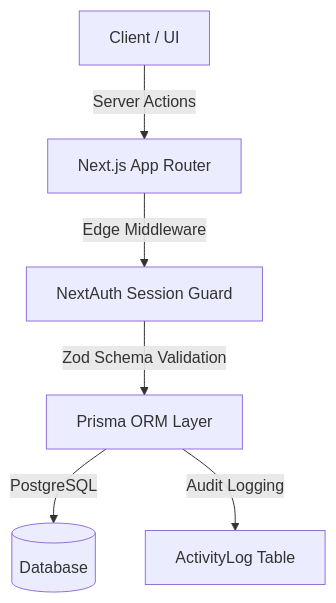
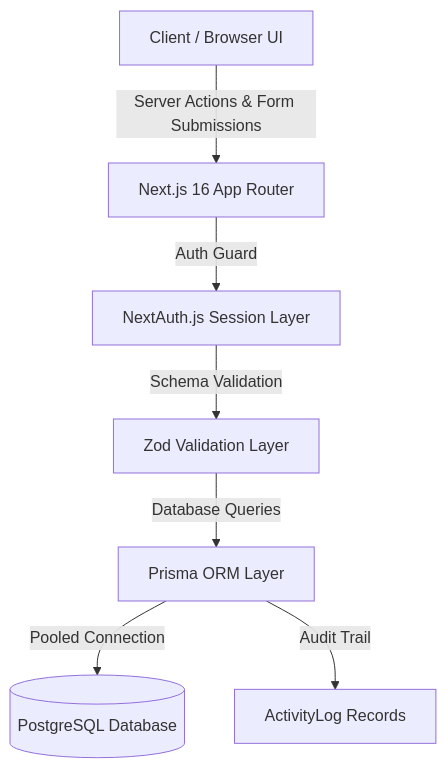
Before and after one commit to zokomon871/Hiretrack: the diagram in README.md, drawn with Mermaid. The commit also changed other lines of this file, not shown here.

Commit message:
docs: overhaul README with comprehensive architecture, database schema, and setup guide

````diff
--- a/README.md
+++ b/README.md
@@ -68,8 +49,9 @@
 ```mermaid
 graph TD
-    A[Client / UI] -->|Server Actions| B[Next.js App Router]
-    B -->|Edge Middleware| C[NextAuth Session Guard]
-    C -->|Zod Schema Validation| D[Prisma ORM Layer]
-    D -->|PostgreSQL| E[(Database)]
-    D -->|Audit Logging| F[ActivityLog Table]
+    Client["Client / Browser UI"] -->|Server Actions & Form Submissions| AppRouter["Next.js 16 App Router"]
+    AppRouter -->|Auth Guard| Auth["NextAuth.js Session Layer"]
+    Auth -->|Schema Validation| Zod["Zod Validation Layer"]
+    Zod -->|Database Queries| Prisma["Prisma ORM Layer"]
+    Prisma -->|Pooled Connection| DB[("PostgreSQL Database")]
+    Prisma -->|Audit Trail| AuditLog["ActivityLog Records"]
 ```
````
